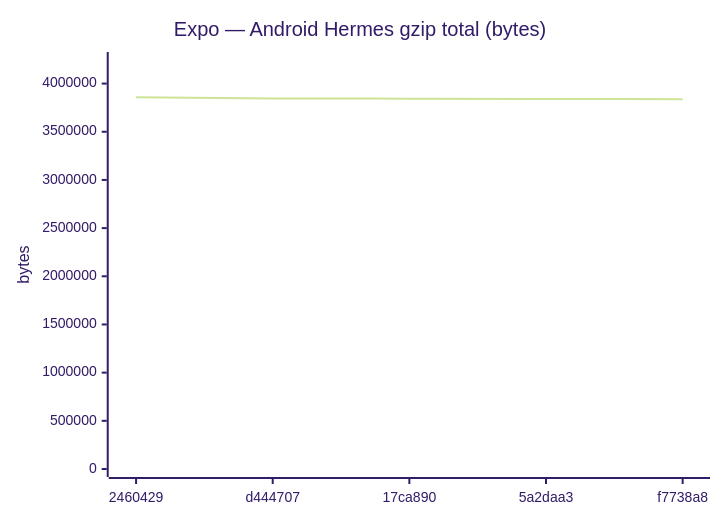
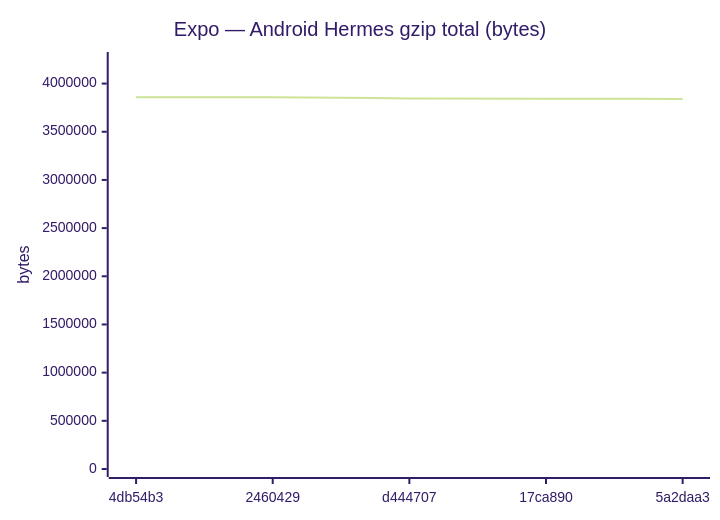
Diagram 11 of 18 in benchmarks/compare.md (Metaheurist/Rianell), drawn with Mermaid (forest theme) before and after one commit. The commit also changed other lines of this file and 11 other files, not shown here.

````diff
--- a/benchmarks/compare.md
+++ b/benchmarks/compare.md
@@ -172,7 +172,7 @@
 ```mermaid
 xychart-beta
     title "Expo — Android Hermes gzip total (bytes)"
-    x-axis ["2460429", "d444707", "17ca890", "5a2daa3", "f7738a8"]
+    x-axis ["4db54b3", "2460429", "d444707", "17ca890", "5a2daa3"]
     y-axis "bytes" 0 --> 4244641
-    line [3858764, 3845905, 3843474, 3841087, 3837618]
+    line [3858762, 3858764, 3845905, 3843474, 3841087]
 ```
````
